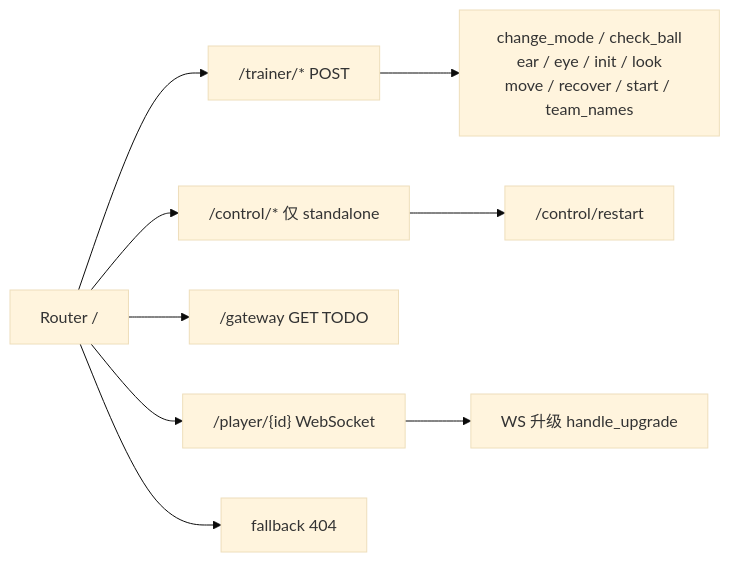
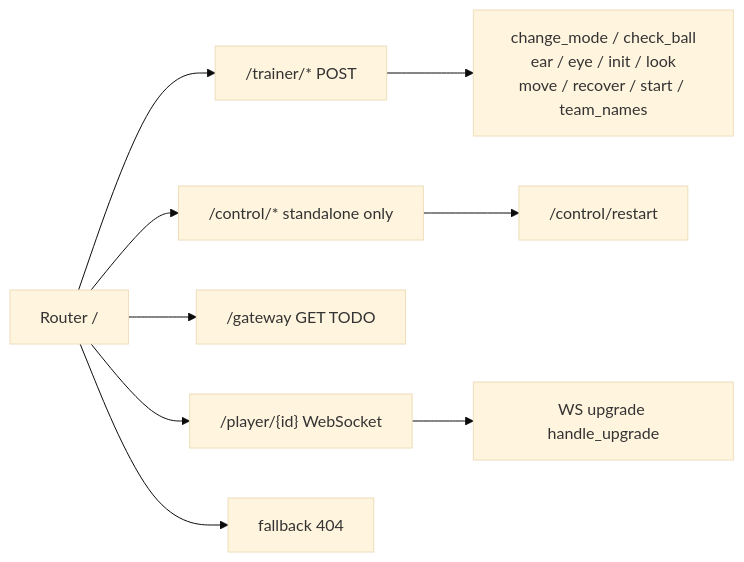
Before and after one commit to NN-4H0U/cluster: the third of 20 diagrams in docs/REPORT.md, drawn with Mermaid (base theme). The commit also changed other lines of this file, not shown here.

Commit message:
fix: fix AppState lifecycle mermaid parse error and translate all diagrams to English

````diff
--- a/docs/REPORT.md
+++ b/docs/REPORT.md
@@ -129,14 +129,14 @@
 ```mermaid
 graph LR
     ROOT["Router /"]
 
     ROOT --> TR["/trainer/* POST"]
-    ROOT --> CTRL["/control/* 仅 standalone"]
+    ROOT --> CTRL["/control/* standalone only"]
     ROOT --> GW["/gateway GET TODO"]
     ROOT --> PL["/player/{id} WebSocket"]
     ROOT --> H["fallback 404"]
 
     TR --> TC["change_mode / check_ball\near / eye / init / look\nmove / recover / start / team_names"]
     CTRL --> RS["/control/restart"]
-    PL --> WSP["WS 升级 handle_upgrade"]
+    PL --> WSP["WS upgrade handle_upgrade"]
 ```
````
